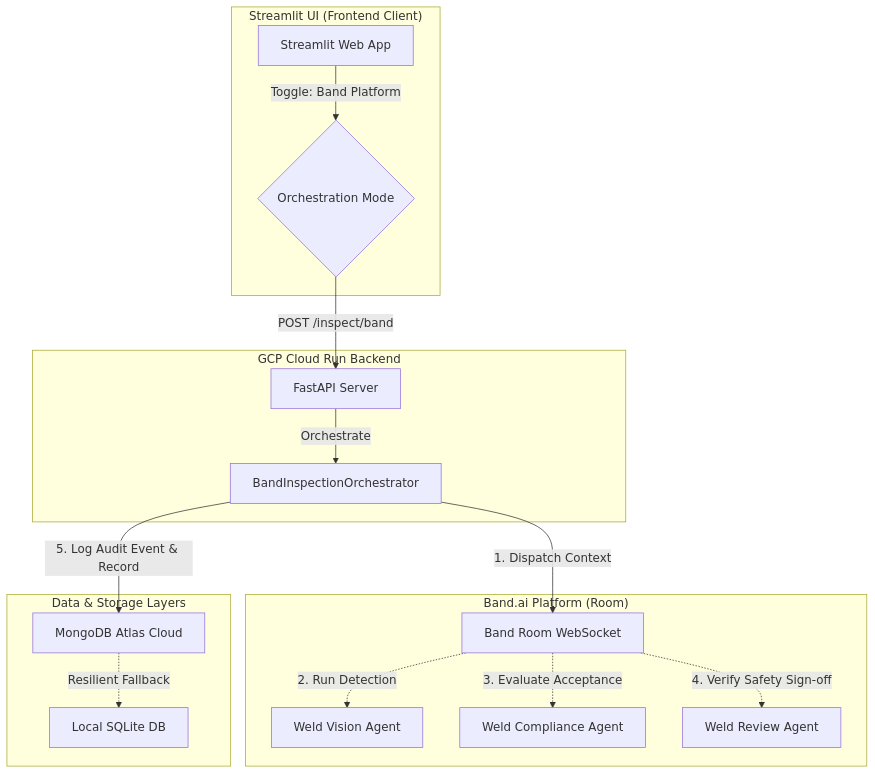
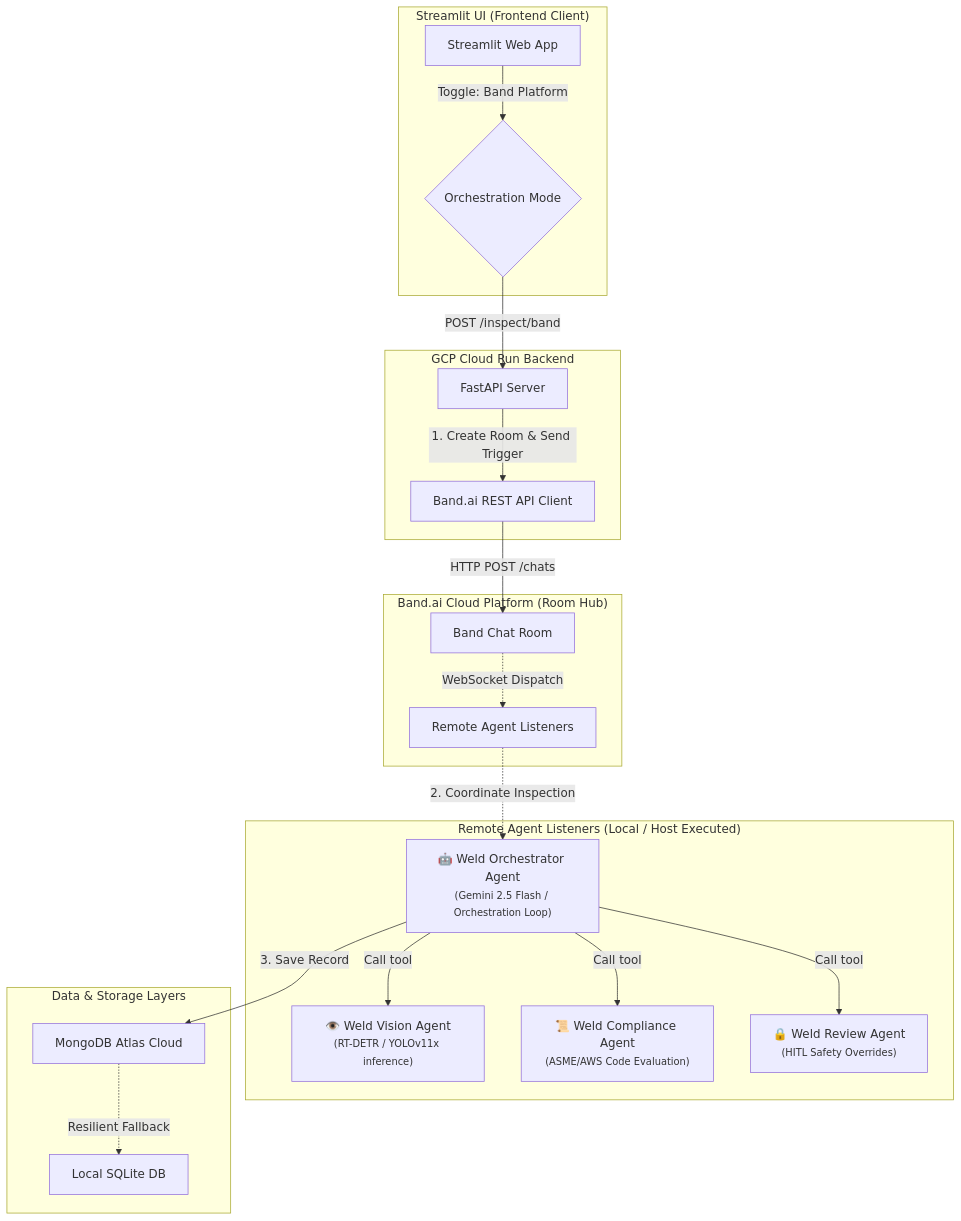
Before and after one commit to anjani2016/projects: the first of 2 diagrams in manufacturing/ai_weld_band/band_architecture.md, drawn with Mermaid. The commit also changed other lines of this file and 1 other file, not shown here.

Commit message:
Update architecture documentation and integrate native Band.ai REST client orchestration

````diff
--- a/manufacturing/ai_weld_band/band_architecture.md
+++ b/manufacturing/ai_weld_band/band_architecture.md
@@ -11,23 +11,28 @@
 ```mermaid
 graph TD
     subgraph "Streamlit UI (Frontend Client)"
         UI[Streamlit Web App] -->|Toggle: Band Platform| ModeSelect{Orchestration Mode}
     end
 
     subgraph "GCP Cloud Run Backend"
         ModeSelect -->|POST /inspect/band| API[FastAPI Server]
-        API -->|Orchestrate| BandOrch[BandInspectionOrchestrator]
+        API -->|1. Create Room & Send Trigger| REST[Band.ai REST API Client]
     end
 
-    subgraph "Band.ai Platform (Room)"
-        BandOrch -->|1. Dispatch Context| Room[Band Room WebSocket]
-        Room -.->|2. Run Detection| Vision[Weld Vision Agent]
-        Room -.->|3. Evaluate Acceptance| Compliance[Weld Compliance Agent]
-        Room -.->|4. Verify Safety Sign-off| Review[Weld Review Agent]
+    subgraph "Band.ai Cloud Platform (Room Hub)"
+        REST -->|HTTP POST /chats| Room[Band Chat Room]
+        Room -.->|WebSocket Dispatch| Agents[Remote Agent Listeners]
+    end
+
+    subgraph "Remote Agent Listeners (Local / Host Executed)"
+        Agents -.->|2. Coordinate Inspection| OrchAgent["🤖 Weld Orchestrator Agent<br/><small>(Gemini 2.5 Flash / Orchestration Loop)</small>"]
+        OrchAgent -->|Call tool| VisAgent["👁️ Weld Vision Agent<br/><small>(RT-DETR / YOLOv11x inference)</small>"]
+        OrchAgent -->|Call tool| CompAgent["📜 Weld Compliance Agent<br/><small>(ASME/AWS Code Evaluation)</small>"]
+        OrchAgent -->|Call tool| RevAgent["🔒 Weld Review Agent<br/><small>(HITL Safety Overrides)</small>"]
     end
 
     subgraph "Data & Storage Layers"
-        BandOrch -->|5. Log Audit Event & Record| Mongo[MongoDB Atlas Cloud]
+        OrchAgent -->|3. Save Record| Mongo[MongoDB Atlas Cloud]
         Mongo -.->|Resilient Fallback| SQLite[Local SQLite DB]
     end
 ```
````
